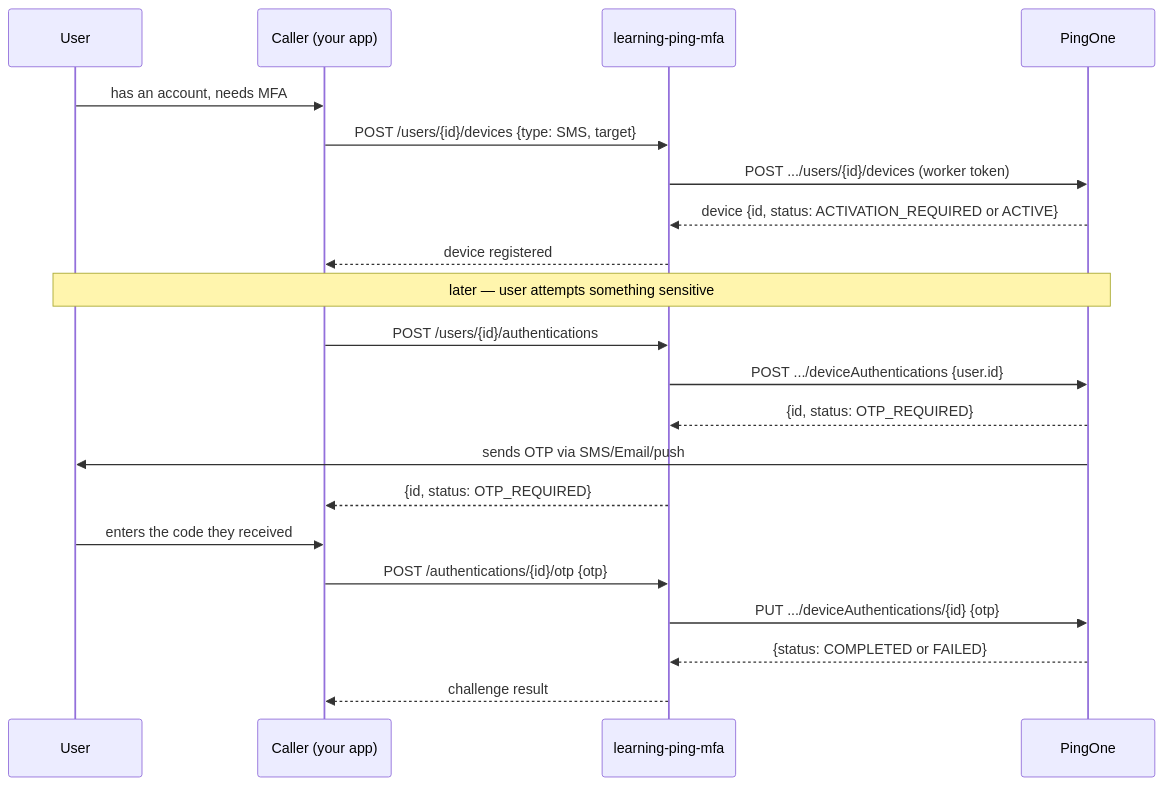
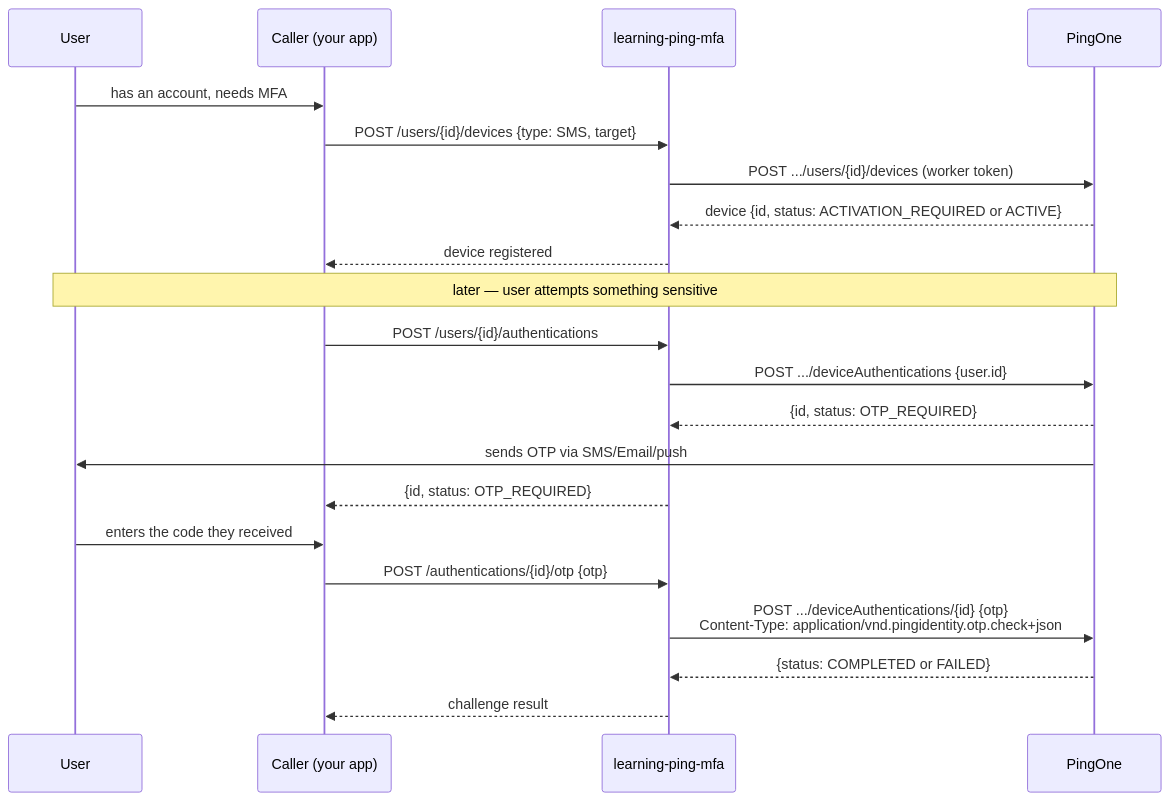
The second of 2 diagrams in README.md (himnay/learning-ping-mfa), drawn with Mermaid before and after one commit. The commit also changed other lines of this file and 4 other files, not shown here.

First line of the commit message:
Upgrade to super-pom 1.1.2; fix PingOne OTP check call

````diff
--- a/README.md
+++ b/README.md
@@ -138,27 +138,27 @@
 ```mermaid
 sequenceDiagram
     participant U as User
     participant C as Caller (your app)
     participant P as learning-ping-mfa
     participant PO as PingOne
 
     U->>C: has an account, needs MFA
     C->>P: POST /users/{id}/devices {type: SMS, target}
     P->>PO: POST .../users/{id}/devices (worker token)
     PO-->>P: device {id, status: ACTIVATION_REQUIRED or ACTIVE}
     P-->>C: device registered
 
     Note over U,PO: later — user attempts something sensitive
 
     C->>P: POST /users/{id}/authentications
     P->>PO: POST .../deviceAuthentications {user.id}
     PO-->>P: {id, status: OTP_REQUIRED}
     PO->>U: sends OTP via SMS/Email/push
     P-->>C: {id, status: OTP_REQUIRED}
 
     U->>C: enters the code they received
     C->>P: POST /authentications/{id}/otp {otp}
-    P->>PO: PUT .../deviceAuthentications/{id} {otp}
+    P->>PO: POST .../deviceAuthentications/{id} {otp}<br/>Content-Type: application/vnd.pingidentity.otp.check+json
     PO-->>P: {status: COMPLETED or FAILED}
     P-->>C: challenge result
 ```
````
